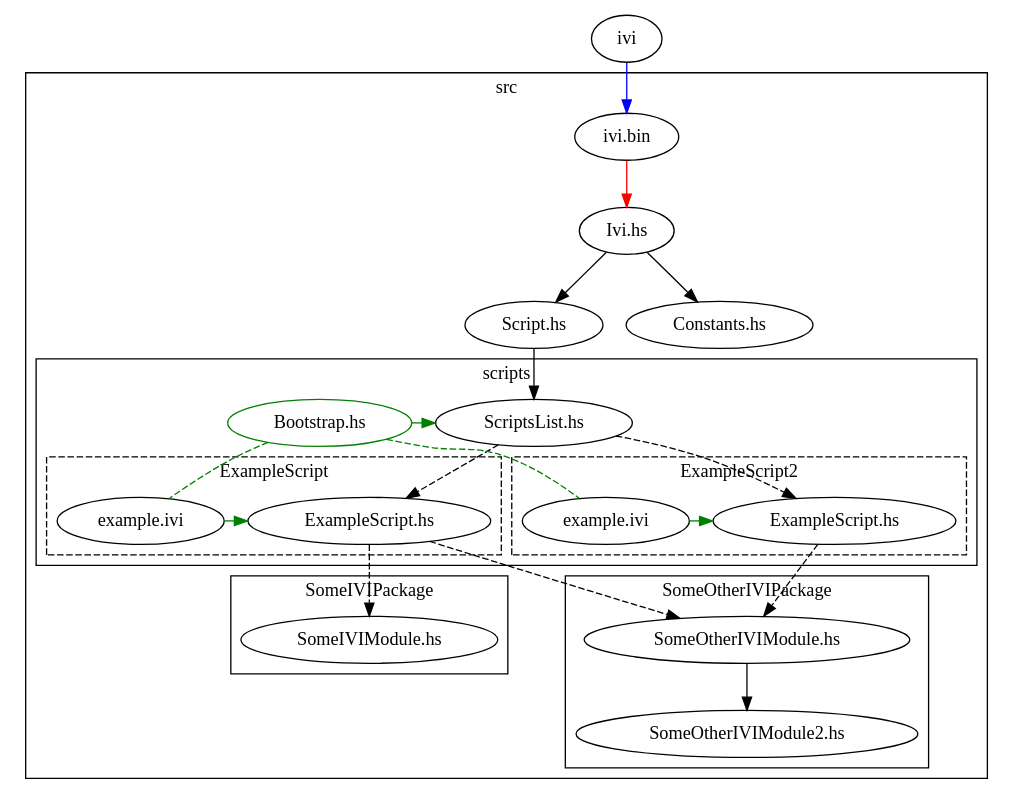
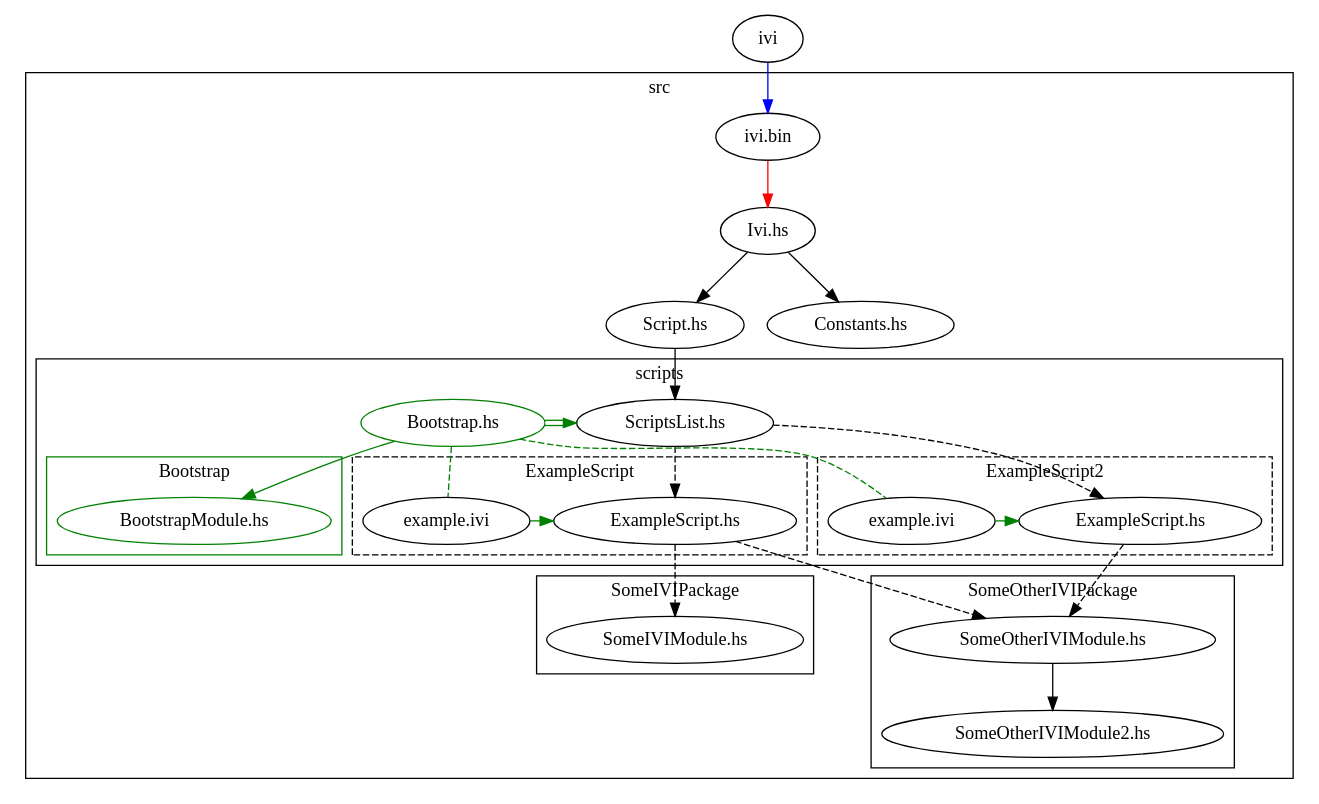
The diagram in details/dep_graph.dot (NorfairKing/IVI), drawn with Graphviz before and after one commit. The commit also changed 1 other file, not shown here.

```diff
--- a/details/dep_graph.dot
+++ b/details/dep_graph.dot
@@ -1,74 +1,82 @@
 digraph G {
     ivilink [label="ivi"];
 
     subgraph cluster_src {
         label = "src";
         
         ivibin [label="ivi.bin"];
         
         ivihs [label="Ivi.hs"];
         scripths [label="Script.hs"];
         constantshs [label="Constants.hs"];
 
         {rank=same scripths constantshs};
 
         ivihs -> scripths;
         ivihs -> constantshs;
 
         subgraph cluster_src_scripts {
             label = "scripts";
             scriptslisths [label="ScriptsList.hs"];
 
             bootstraphs [label="Bootstrap.hs", color="green"];
-            bootstraphs -> scriptslisths [color="green"];           
+            bootstraphs -> scriptslisths [color="green:white:green"];           
 
             {rank=same bootstraphs scriptslisths};
+
+            subgraph cluster_scr_scripts_bootstrap {
+                label = "Bootstrap";
+                color = "green";
+            
+                bootstrapmodulehs [label="BootstrapModule.hs",color="green"];
+            }
+            bootstraphs -> bootstrapmodulehs[color="green"];
 
             subgraph cluster_src_scripts_examplescript {
                 label = "ExampleScript";
                 style = "dashed";
                 
                 examplescripths [label="ExampleScript.hs"];
                 ivifile [label="example.ivi"];
-                ivifile -> examplescripths [color="green"];
+                ivifile -> examplescripths [color="green",style="double"];
                 {rank=same ivifile examplescripths};
             }
             
             subgraph cluster_src_scripts_examplescript2 {
                 label = "ExampleScript2";
                 style = "dashed";
                 
                 examplescript2hs [label="ExampleScript.hs"];
                 ivifile2 [label="example.ivi"];
                 ivifile2 -> examplescript2hs [color="green"];
                 {rank=same ivifile2 examplescript2hs};
             }
             scriptslisths -> examplescripths [style="dashed"];
             scriptslisths -> examplescript2hs [style="dashed"];
 
             
             bootstraphs -> ivifile [color="green",arrowhead ="none",style="dashed"];
             bootstraphs -> ivifile2 [color="green",arrowhead ="none",style="dashed"];
 
         }
         
 
         scripths -> scriptslisths;
     
         subgraph cluster_src_ivipackage {
             label = "SomeIVIPackage";
             ivimodule [label="SomeIVIModule.hs"];
         }
         subgraph cluster_src_otherivipackage {
             label = "SomeOtherIVIPackage";
             otherivimodule [label="SomeOtherIVIModule.hs"];
             otherivimodule2 [label="SomeOtherIVIModule2.hs"];
             otherivimodule -> otherivimodule2;
         }
     }
     examplescripths -> ivimodule [style="dashed"];
     examplescripths -> otherivimodule [style="dashed"];
     examplescript2hs -> otherivimodule [style="dashed"];
     ivilink ->ivibin [color="blue"];
     ivibin -> ivihs [color="red"];
 }
```
